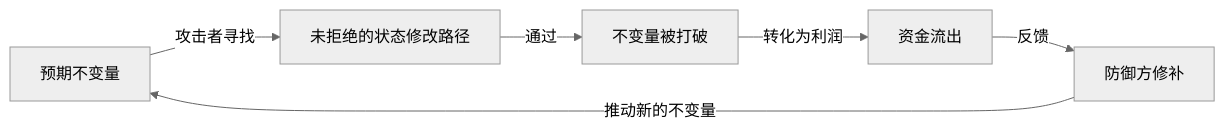
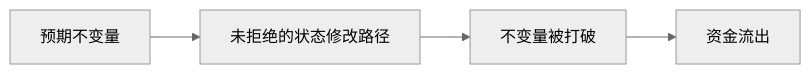
One commit to ChuwuYo/misc-files changed the first of 12 diagrams in web3-engineer-guide/05-智能合约安全/README.md. Above: the diagram before and after it, drawn with Mermaid (neutral theme). The commit also changed other lines of this file and 690 other files, not shown here.

````diff
--- a/web3-engineer-guide/05-智能合约安全/README.md
+++ b/web3-engineer-guide/05-智能合约安全/README.md
@@ -137,8 +112,6 @@
 ```mermaid
 flowchart LR
-    A[预期不变量] -- 攻击者寻找 --> B[未拒绝的状态修改路径]
-    B -- 通过 --> C[不变量被打破]
-    C -- 转化为利润 --> D[资金流出]
-    D -- 反馈 --> E[防御方修补]
-    E -- 推动新的不变量 --> A
+    A[预期不变量] --> B[未拒绝的状态修改路径]
+    B --> C[不变量被打破]
+    C --> D[资金流出]
 ```
````
